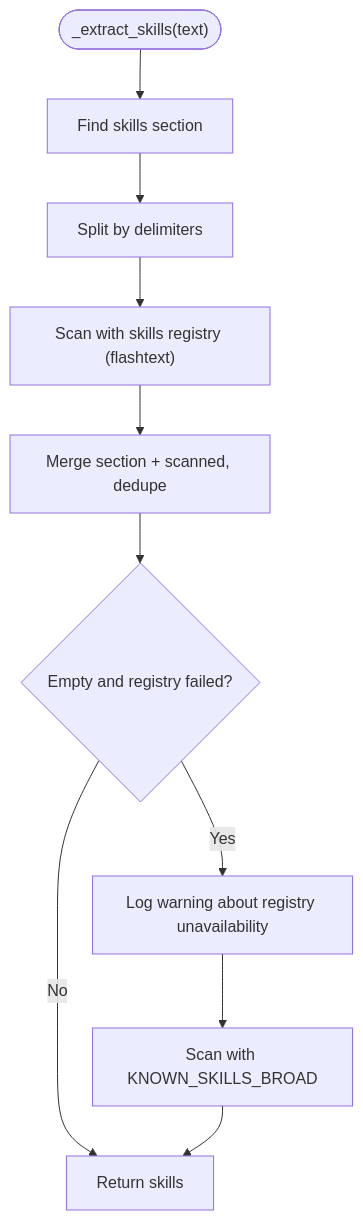
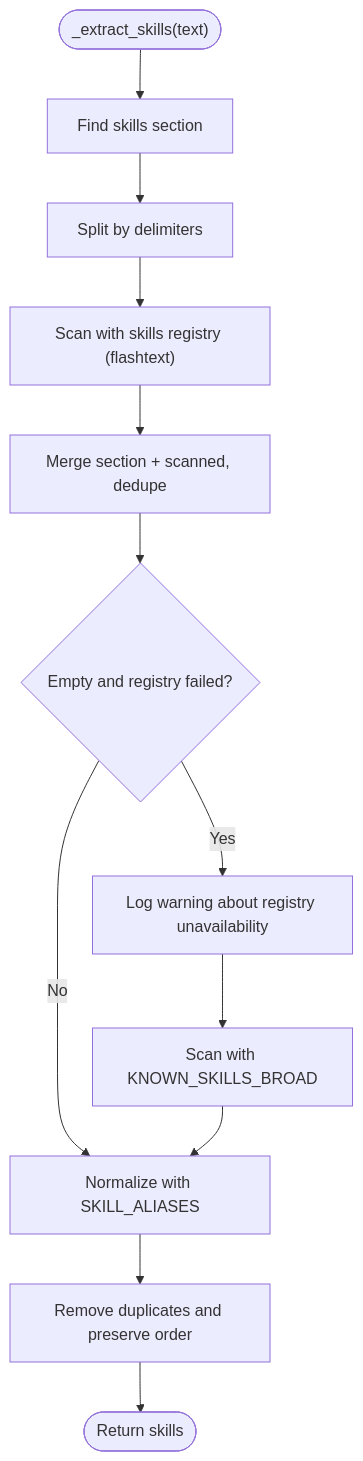
Before and after one commit to Revanththetalogics/aireume: diagram 15 of 19 in .qoder/repowiki/en/content/Analysis Engine/Parser Service.md, drawn with Mermaid. The commit also changed other lines of this file and 41 other files, not shown here.

````diff
--- a/.qoder/repowiki/en/content/Analysis Engine/Parser Service.md
+++ b/.qoder/repowiki/en/content/Analysis Engine/Parser Service.md
@@ -597,12 +699,14 @@
 ```mermaid
 flowchart TD
 StartSkills(["_extract_skills(text)"]) --> Section["Find skills section"]
 Section --> Split["Split by delimiters"]
 Split --> Registry["Scan with skills registry (flashtext)"]
 Registry --> Merge["Merge section + scanned, dedupe"]
 Merge --> Fallback{"Empty and registry failed?"}
 Fallback --> |Yes| LogWarn["Log warning about registry unavailability"]
 LogWarn --> Broad["Scan with KNOWN_SKILLS_BROAD"]
-Fallback --> |No| Done["Return skills"]
-Broad --> Done
+Fallback --> |No| Normalize["Normalize with SKILL_ALIASES"]
+Broad --> Normalize
+Normalize --> Deduplicate["Remove duplicates and preserve order"]
+Deduplicate --> Return(["Return skills"])
 ```
````
